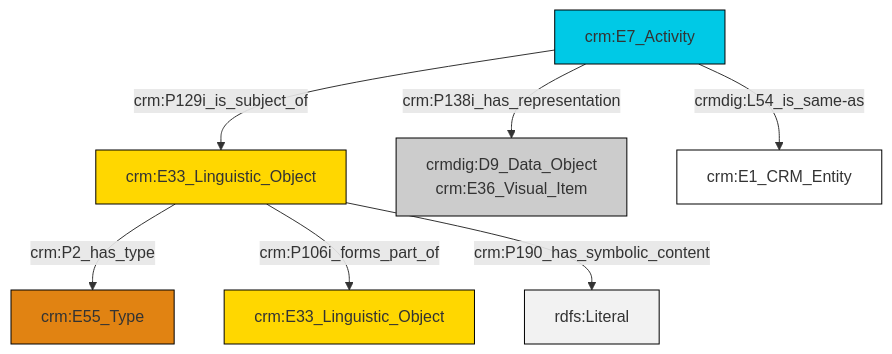
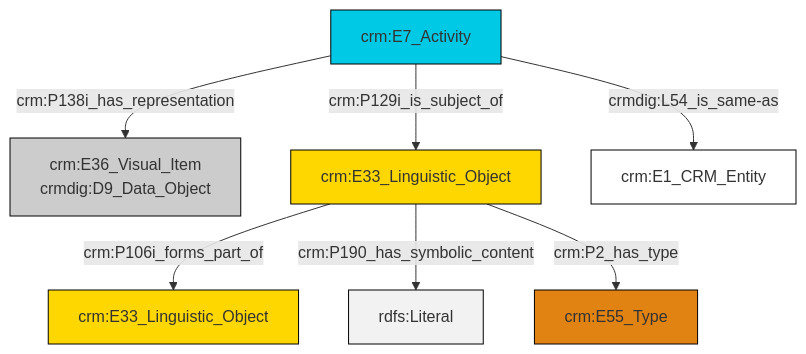
Before and after one commit to swiss-art-research-net/reference-data-models: the diagram in et/eventCSV/ttl/mmd/event_documentation.ttl.mmd, drawn with Mermaid. The commit also changed 126 other files, not shown here.

```diff
--- a/et/eventCSV/ttl/mmd/event_documentation.ttl.mmd
+++ b/et/eventCSV/ttl/mmd/event_documentation.ttl.mmd
@@ -1,21 +1,21 @@
 graph TD
 classDef Literal fill:#f2f2f2,stroke:#000000;
 classDef CRM_Entity fill:#FFFFFF,stroke:#000000;
 classDef Temporal_Entity fill:#00C9E6, stroke:#000000;
 classDef Type fill:#E18312, stroke:#000000;
 classDef Time-Span fill:#2C9C91, stroke:#000000;
 classDef Appellation fill:#FFEB7F, stroke:#000000;
 classDef Place fill:#008836, stroke:#000000;
 classDef Persistent_Item fill:#B266B2, stroke:#000000;
 classDef Conceptual_Object fill:#FFD700, stroke:#000000;
 classDef Physical_Thing fill:#D2B48C, stroke:#000000;
 classDef Actor fill:#f58aad, stroke:#000000;
 classDef PC_Classes fill:#4ce600, stroke:#000000;
 classDef Multi fill:#cccccc,stroke:#000000;
 
-4["crm:E33_Linguistic_Object"]:::Conceptual_Object -->|crm:P2_has_type| 5["crm:E55_Type"]:::Type
-0["crm:E7_Activity"]:::Temporal_Entity -->|crm:P129i_is_subject_of| 4["crm:E33_Linguistic_Object"]:::Conceptual_Object
-4["crm:E33_Linguistic_Object"]:::Conceptual_Object -->|crm:P106i_forms_part_of| 2["crm:E33_Linguistic_Object"]:::Conceptual_Object
-0["crm:E7_Activity"]:::Temporal_Entity -->|crmdig:L54_is_same-as| 9["crm:E1_CRM_Entity"]:::CRM_Entity
-0["crm:E7_Activity"]:::Temporal_Entity -->|crm:P138i_has_representation| 6["crmdig:D9_Data_Object<br>crm:E36_Visual_Item"]:::Multi
-4["crm:E33_Linguistic_Object"]:::Conceptual_Object -->|crm:P190_has_symbolic_content| 13[rdfs:Literal]:::Literal
+0["crm:E7_Activity"]:::Temporal_Entity -->|crm:P138i_has_representation| 1["crm:E36_Visual_Item<br>crmdig:D9_Data_Object"]:::Multi
+2["crm:E33_Linguistic_Object"]:::Conceptual_Object -->|crm:P106i_forms_part_of| 3["crm:E33_Linguistic_Object"]:::Conceptual_Object
+2["crm:E33_Linguistic_Object"]:::Conceptual_Object -->|crm:P190_has_symbolic_content| 4[rdfs:Literal]:::Literal
+0["crm:E7_Activity"]:::Temporal_Entity -->|crm:P129i_is_subject_of| 2["crm:E33_Linguistic_Object"]:::Conceptual_Object
+0["crm:E7_Activity"]:::Temporal_Entity -->|crmdig:L54_is_same-as| 8["crm:E1_CRM_Entity"]:::CRM_Entity
+2["crm:E33_Linguistic_Object"]:::Conceptual_Object -->|crm:P2_has_type| 10["crm:E55_Type"]:::Type
```
